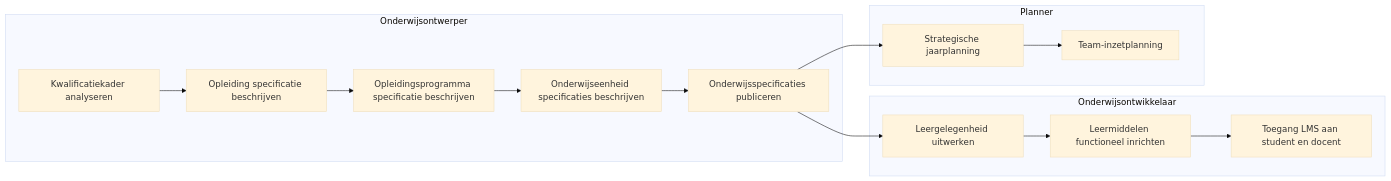
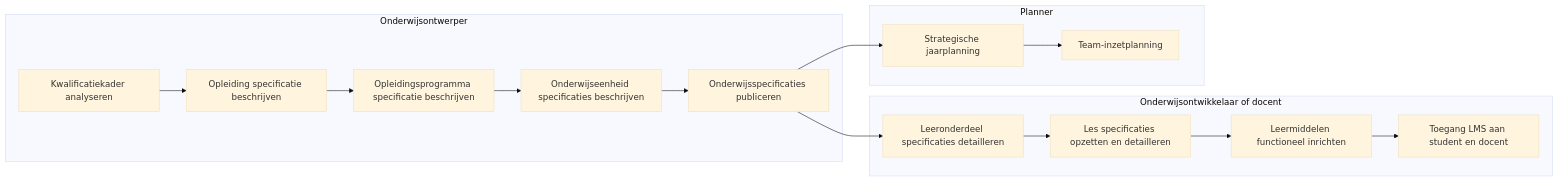
One commit to Npuls-OKx/meta changed the first of 3 diagrams in presentaties/src/260929_werkgroep_okx_voortgang.md. Above: the diagram before and after it, drawn with Mermaid (base theme). The commit also changed other lines of this file and 2 other files, not shown here.

First line of the commit message:
Voortgangsdeck: de onderwijsontwikkelaar detailleert specificaties

````diff
--- a/presentaties/src/260929_werkgroep_okx_voortgang.md
+++ b/presentaties/src/260929_werkgroep_okx_voortgang.md
@@ -173,14 +173,14 @@
 ```mermaid {theme: 'base', scale: 0.58, themeVariables: {'fontFamily': 'General Sans, Inter, sans-serif', 'fontSize': '15px', 'primaryColor': '#FFFFFF', 'primaryBorderColor': '#3D68EC', 'primaryTextColor': '#1B2A6B', 'lineColor': '#DD784B', 'clusterBkg': '#F7F8FB', 'clusterBorder': '#3D68EC', 'edgeLabelBackground': '#FFFFFF'}}
 flowchart LR
   subgraph OO["Onderwijsontwerper"]
     OO1[Kwalificatiekader analyseren] --> OO2[Opleiding specificatie beschrijven] --> OO3[Opleidingsprogramma specificatie beschrijven] --> OO4[Onderwijseenheid specificaties beschrijven] --> OO5[Onderwijsspecificaties publiceren]
   end
-  subgraph OW["Onderwijsontwikkelaar"]
-    OW1[Leergelegenheid uitwerken] --> OW2[Leermiddelen functioneel inrichten] --> OW3[Toegang LMS aan student en docent]
+  subgraph OW["Onderwijsontwikkelaar of docent"]
+    OW1[Leeronderdeel specificaties detailleren] --> OW2[Les specificaties opzetten en detailleren] --> OW3[Leermiddelen functioneel inrichten] --> OW4[Toegang LMS aan student en docent]
   end
   subgraph PL["Planner"]
     PL1[Strategische jaarplanning] --> PL2[Team-inzetplanning]
   end
   OO5 --> OW1
   OO5 --> PL1
 ```
````
